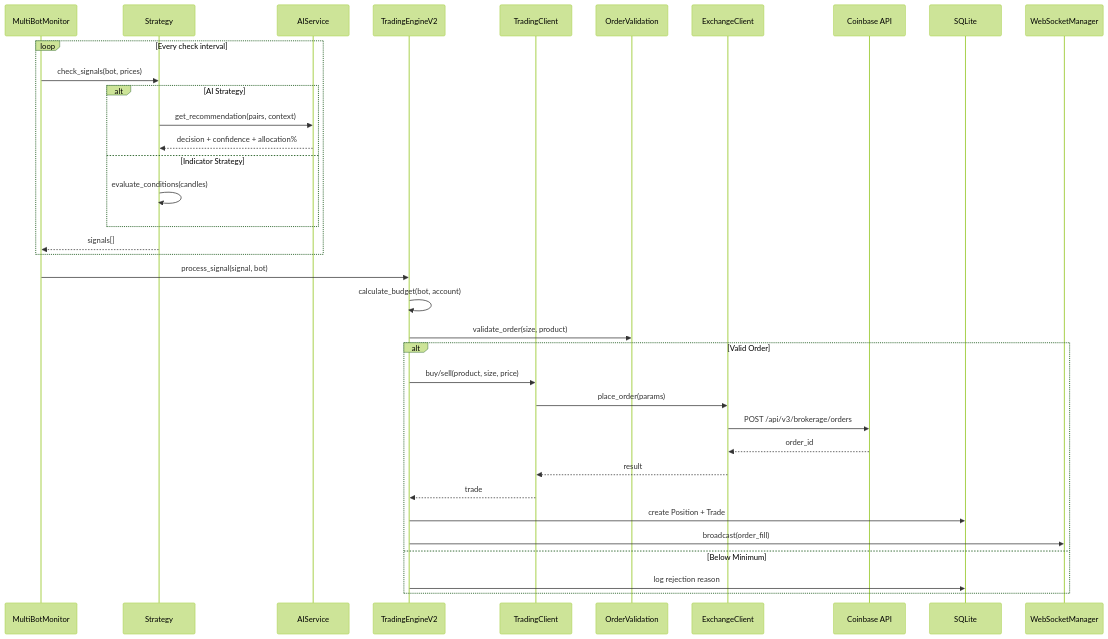
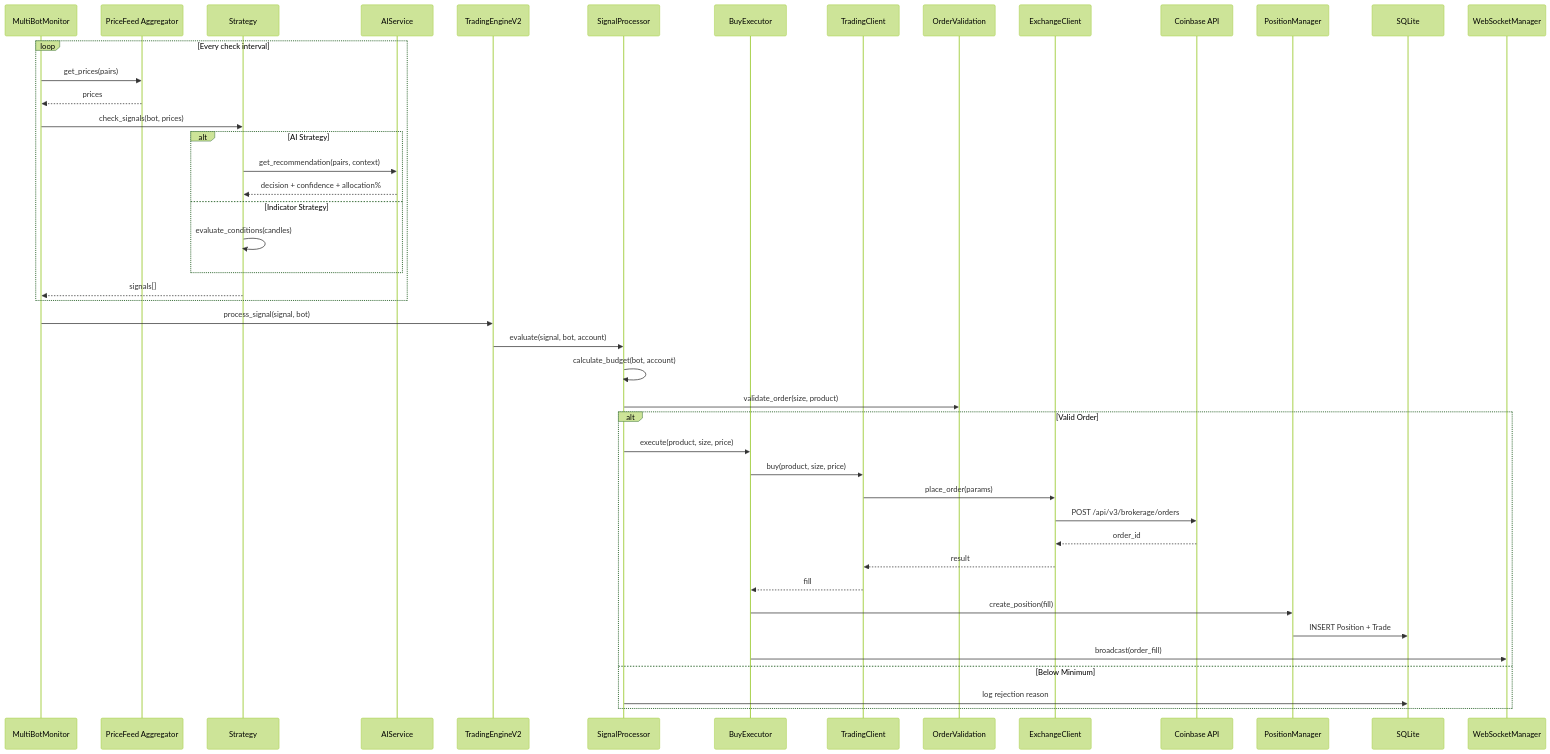
Before and after one commit to lromero74/ZenithGrid: the fourth of 5 diagrams in docs/ARCHITECTURE.md, drawn with Mermaid (forest theme). The commit also changed other lines of this file and 1 other file, not shown here.

First line of the commit message:
Add sub-routers, trading engine modules, price feeds, indicators, schemas to architecture docs

````diff
--- a/docs/ARCHITECTURE.md
+++ b/docs/ARCHITECTURE.md
@@ -215,40 +237,49 @@
 ```mermaid
 sequenceDiagram
     participant MBM as MultiBotMonitor
+    participant PF as PriceFeed Aggregator
     participant STRAT as Strategy
     participant AI as AIService
     participant TEV2 as TradingEngineV2
+    participant SIG as SignalProcessor
+    participant BUY as BuyExecutor
     participant TC as TradingClient
     participant OV as OrderValidation
     participant EX as ExchangeClient
     participant CB as Coinbase API
+    participant PM as PositionManager
     participant DB as SQLite
     participant WS as WebSocketManager
 
     loop Every check interval
+        MBM->>PF: get_prices(pairs)
+        PF-->>MBM: prices
         MBM->>STRAT: check_signals(bot, prices)
         alt AI Strategy
             STRAT->>AI: get_recommendation(pairs, context)
             AI-->>STRAT: decision + confidence + allocation%
         else Indicator Strategy
             STRAT->>STRAT: evaluate_conditions(candles)
         end
         STRAT-->>MBM: signals[]
     end
 
     MBM->>TEV2: process_signal(signal, bot)
-    TEV2->>TEV2: calculate_budget(bot, account)
-    TEV2->>OV: validate_order(size, product)
+    TEV2->>SIG: evaluate(signal, bot, account)
+    SIG->>SIG: calculate_budget(bot, account)
+    SIG->>OV: validate_order(size, product)
     alt Valid Order
-        TEV2->>TC: buy/sell(product, size, price)
+        SIG->>BUY: execute(product, size, price)
+        BUY->>TC: buy(product, size, price)
         TC->>EX: place_order(params)
         EX->>CB: POST /api/v3/brokerage/orders
         CB-->>EX: order_id
         EX-->>TC: result
-        TC-->>TEV2: trade
-        TEV2->>DB: create Position + Trade
-        TEV2->>WS: broadcast(order_fill)
+        TC-->>BUY: fill
+        BUY->>PM: create_position(fill)
+        PM->>DB: INSERT Position + Trade
+        BUY->>WS: broadcast(order_fill)
     else Below Minimum
-        TEV2->>DB: log rejection reason
+        SIG->>DB: log rejection reason
     end
 ```
````
